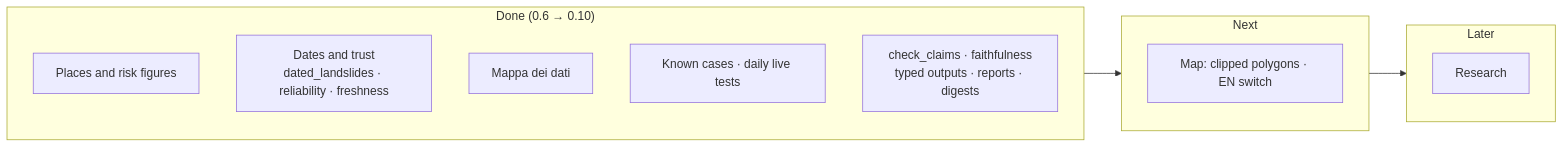
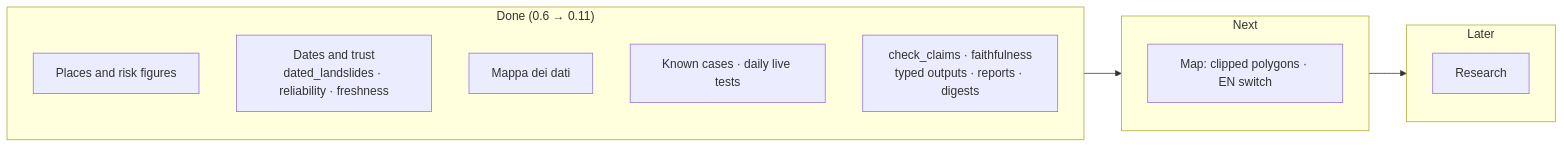
Before and after one commit to agent-engineering-studio/ispra-idrogeo: the diagram in docs/roadmap.md, drawn with Mermaid. The commit also changed other lines of this file and 6 other files, not shown here.

````diff
--- a/docs/roadmap.md
+++ b/docs/roadmap.md
@@ -47,20 +47,20 @@
 ```mermaid
 flowchart LR
-    subgraph D["Done (0.6 → 0.10)"]
+    subgraph D["Done (0.6 → 0.11)"]
         direction TB
         P["Places and risk figures"]
         T["Dates and trust<br/>dated_landslides · reliability · freshness"]
         M["Mappa dei dati"]
         Q["Known cases · daily live tests"]
         C["check_claims · faithfulness<br/>typed outputs · reports · digests"]
     end
     subgraph N["Next"]
         direction TB
         Y["Map: clipped polygons · EN switch"]
     end
     subgraph L["Later"]
         direction TB
         S["Research"]
     end
     D --> N --> L
 ```
````
